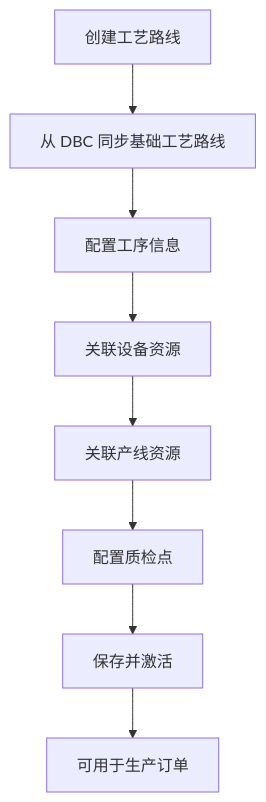
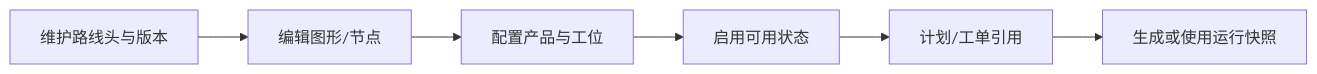
The second of 2 diagrams in docs/06-MES-生产管理/02-工艺管理/index.md (jiargcn/MomProductDocument), drawn with Mermaid before and after one commit. The commit also changed other lines of this file and 7 other files, not shown here.

````diff
--- a/docs/06-MES-生产管理/02-工艺管理/index.md
+++ b/docs/06-MES-生产管理/02-工艺管理/index.md
@@ -54,10 +54,8 @@
 ```mermaid
-flowchart TD
-    A[创建工艺路线] --> B[从 DBC 同步基础工艺路线]
-    B --> C[配置工序信息]
-    C --> D[关联设备资源]
-    D --> E[关联产线资源]
-    E --> F[配置质检点]
-    F --> G[保存并激活]
-    G --> H[可用于生产订单]
+flowchart LR
+    A["维护路线头与版本"] --> B["编辑图形/节点"]
+    B --> C["配置产品与工位"]
+    C --> D["启用可用状态"]
+    D --> E["计划/工单引用"]
+    E --> F["生成或使用运行快照"]
 ```
````
